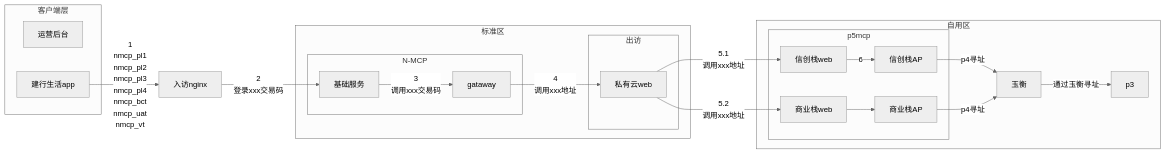
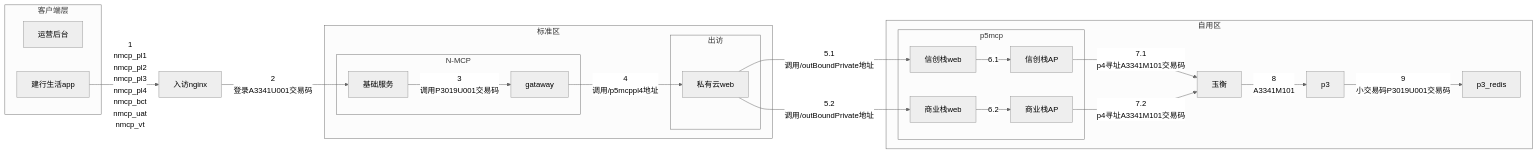
One commit to liyiye/C4-PlantUML changed the diagram in 登录状态同步链路图.md. Above: the diagram before and after it, drawn with Mermaid (neutral theme). The commit also changed 5 other files, not shown here.

````diff
--- a/登录状态同步链路图.md
+++ b/登录状态同步链路图.md
@@ -1,47 +1,46 @@
 ```mermaid
 flowchart LR
     subgraph 客户端层
         Web[运营后台]
         App[建行生活app]
     end
-    
+
     Nginx[入访nginx]
-    
+
     subgraph 标准区
         subgraph N-MCP
             clp_service[基础服务]
             gataway
         end
         subgraph 出访
             私有云web
         end
+       
     end
-    
+
     subgraph 自用区
         subgraph p5mcp
             MCPDJ_WB[信创栈web]
             MCPDJ_AP[信创栈AP]
             MCPNH_WB[商业栈web]
             MCPNH_AP[商业栈AP]
         end
         P3-CCBL[p3]
         玉衡
+        p3_redis
     end
 
     App -->|1<br>nmcp_pl1<br>nmcp_pl2<br>nmcp_pl3<br>nmcp_pl4<br>nmcp_bct<br>nmcp_uat<br>nmcp_vt|Nginx
-    Nginx-->|2<br>登录xxx交易码|clp_service
+    Nginx-->|2<br>登录A3341U001交易码|clp_service
+    clp_service-->|3<br>调用P3019U001交易码|gataway
+    gataway-->|4<br>调用/p5mcppl4地址|私有云web
+    私有云web-->|5.1<br>调用/outBoundPrivate地址|MCPDJ_WB
+    私有云web-->|5.2<br>调用/outBoundPrivate地址|MCPNH_WB
+    MCPDJ_WB-->|6.1|MCPDJ_AP
+    MCPNH_WB-->|6.2|MCPNH_AP
 
-    clp_service-->|3<br>调用xxx交易码|gataway
-    gataway-->|4<br>调用xxx地址|私有云web
-    私有云web-->|5.1<br>调用xxx地址|MCPDJ_WB
-    私有云web-->|5.2<br>调用xxx地址|MCPNH_WB
-    MCPDJ_WB-->|6|MCPDJ_AP
-    MCPNH_WB-->MCPNH_AP
-
-    MCPDJ_AP-->|p4寻址|玉衡
-    MCPNH_AP-->|p4寻址|玉衡
-    玉衡-->|通过玉衡寻址|P3-CCBL
-
-    
-    
+    MCPDJ_AP-->|7.1<br>p4寻址A3341M101交易码|玉衡
+    MCPNH_AP-->|7.2<br>p4寻址A3341M101交易码|玉衡
+    玉衡-->|8<br>A3341M101|P3-CCBL
+    P3-CCBL-->|9<br>小交易码P3019U001交易码|p3_redis
 ```
````
